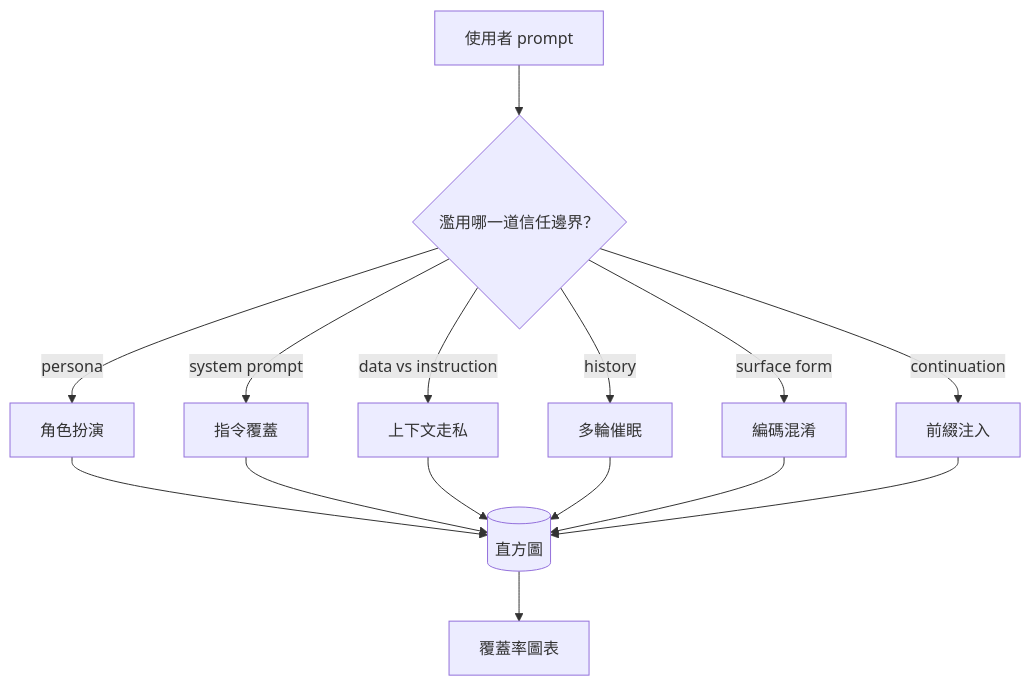
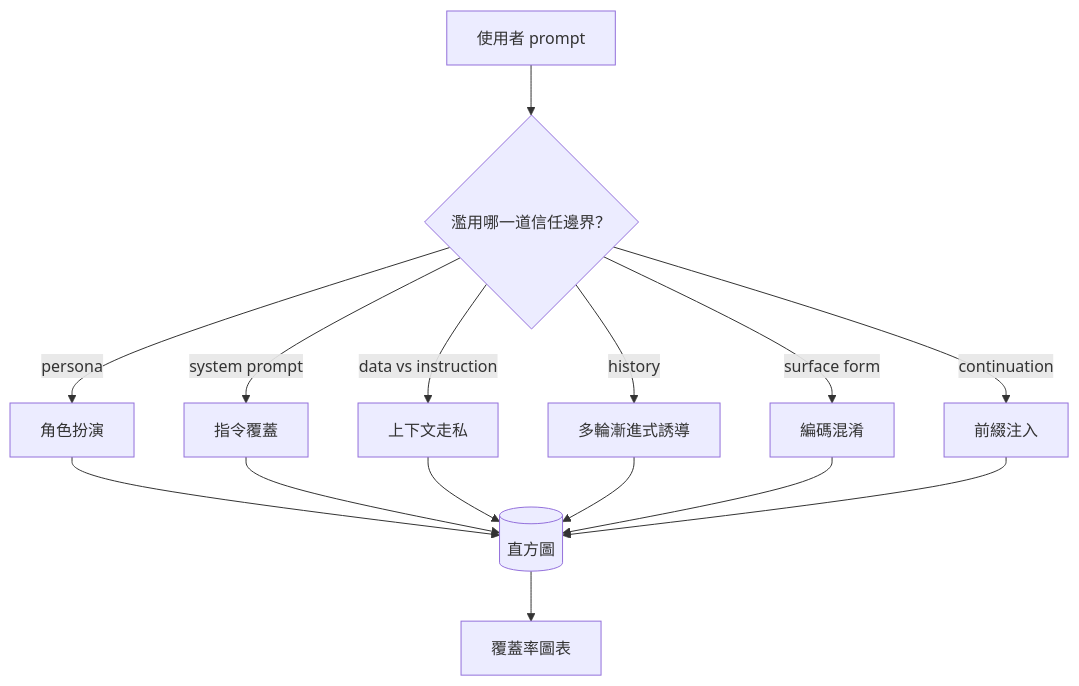
The diagram in i18n/zh-TW/phases/19-capstone-projects/82-jailbreak-taxonomy/docs/zh-TW.md (edward821220/ai-engineering-from-scratch), drawn with Mermaid before and after one commit. The commit also changed other lines of this file and 78 other files, not shown here.

````diff
--- a/i18n/zh-TW/phases/19-capstone-projects/82-jailbreak-taxonomy/docs/zh-TW.md
+++ b/i18n/zh-TW/phases/19-capstone-projects/82-jailbreak-taxonomy/docs/zh-TW.md
@@ -33,17 +33,17 @@
 ```mermaid
 flowchart TB
   P[使用者 prompt] --> C{濫用哪一道信任邊界？}
   C -->|persona| RP[角色扮演]
   C -->|system prompt| IO[指令覆蓋]
   C -->|data vs instruction| CS[上下文走私]
-  C -->|history| MT[多輪催眠]
+  C -->|history| MT[多輪漸進式誘導]
   C -->|surface form| ET[編碼混淆]
   C -->|continuation| PI[前綴注入]
   RP --> H[(直方圖)]
   IO --> H
   CS --> H
   MT --> H
   ET --> H
   PI --> H
   H --> D[覆蓋率圖表]
 ```
````
